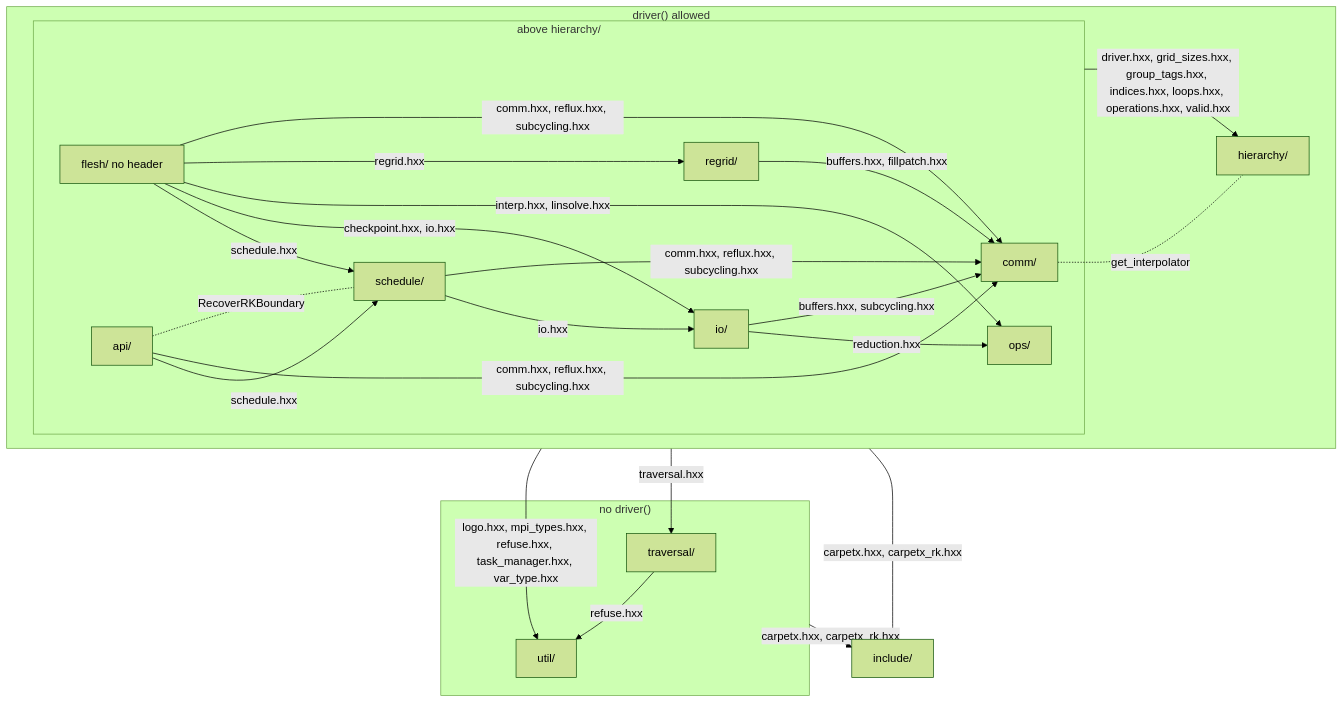
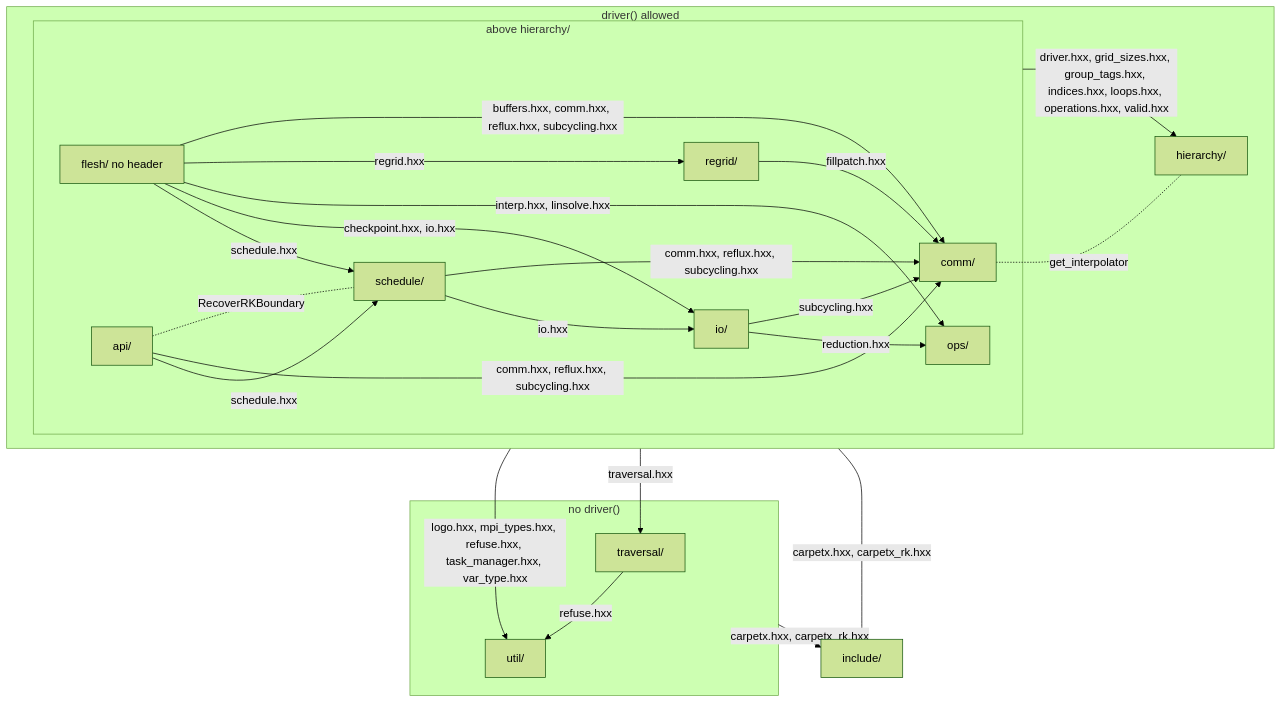
Before and after one commit to lwJi/CarpetX: the first of 3 diagrams in agent_docs/carpetx-internals.md, drawn with Mermaid (forest theme). The commit also changed 6 other files, not shown here.

````diff
--- a/agent_docs/carpetx-internals.md
+++ b/agent_docs/carpetx-internals.md
@@ -7,40 +7,40 @@
 ```mermaid
 flowchart TB
   subgraph door["driver() allowed"]
     subgraph above["above hierarchy/"]
       flesh["flesh/ no header"]
       api["api/"]
       schedule["schedule/"]
       io["io/"]
       ops["ops/"]
       regrid["regrid/"]
       comm["comm/"]
     end
     hierarchy["hierarchy/"]
   end
   subgraph nodoor["no driver()"]
     traversal["traversal/"]
     util["util/"]
   end
   include["include/"]
   flesh -- "schedule.hxx" --> schedule
   flesh -- "checkpoint.hxx, io.hxx" --> io
   flesh -- "interp.hxx, linsolve.hxx" --> ops
   flesh -- "regrid.hxx" --> regrid
-  flesh -- "comm.hxx, reflux.hxx, subcycling.hxx" --> comm
+  flesh -- "buffers.hxx, comm.hxx, reflux.hxx, subcycling.hxx" --> comm
   api -- "schedule.hxx" --> schedule
   api -- "comm.hxx, reflux.hxx, subcycling.hxx" --> comm
   schedule -- "io.hxx" --> io
   schedule -- "comm.hxx, reflux.hxx, subcycling.hxx" --> comm
   io -- "reduction.hxx" --> ops
-  io -- "buffers.hxx, subcycling.hxx" --> comm
-  regrid -- "buffers.hxx, fillpatch.hxx" --> comm
+  io -- "subcycling.hxx" --> comm
+  regrid -- "fillpatch.hxx" --> comm
   traversal -- "refuse.hxx" --> util
   above -- "driver.hxx, grid_sizes.hxx, group_tags.hxx, indices.hxx, loops.hxx, operations.hxx, valid.hxx" --> hierarchy
   door -- "traversal.hxx" --> traversal
   door -- "logo.hxx, mpi_types.hxx, refuse.hxx, task_manager.hxx, var_type.hxx" --> util
   door -- "carpetx.hxx, carpetx_rk.hxx" --> include
   nodoor -- "carpetx.hxx, carpetx_rk.hxx" --> include
   comm -. "get_interpolator" .- hierarchy
   api -. "RecoverRKBoundary" .- schedule
 ```
````
